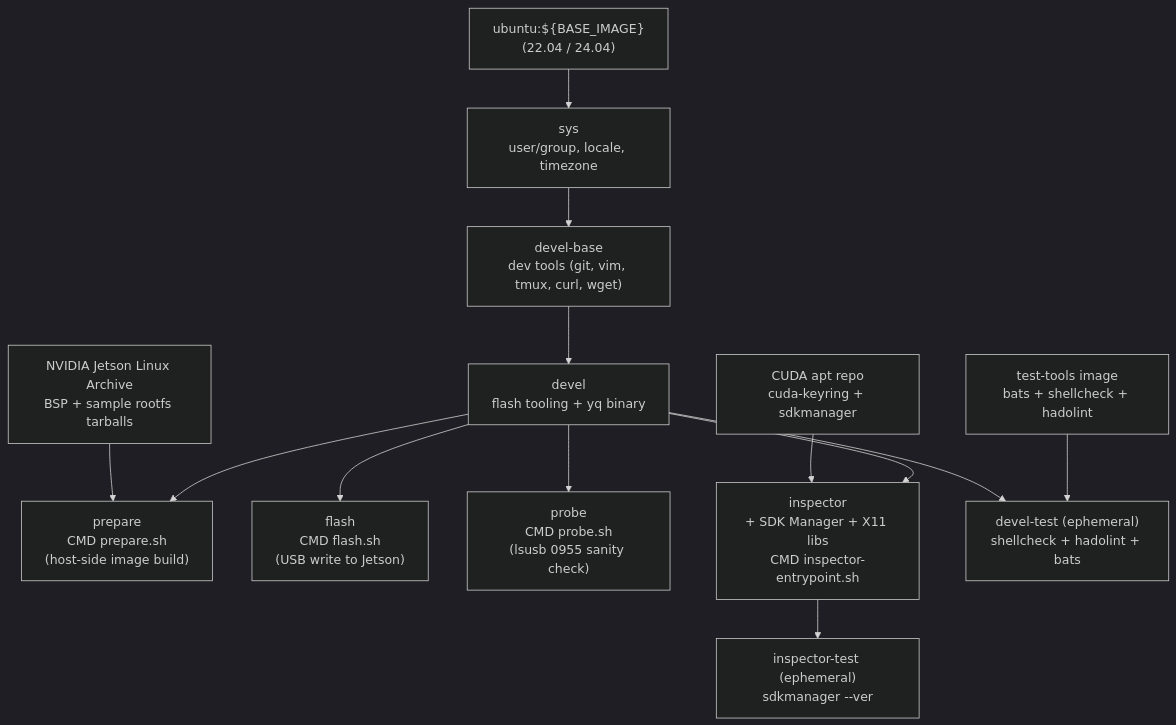
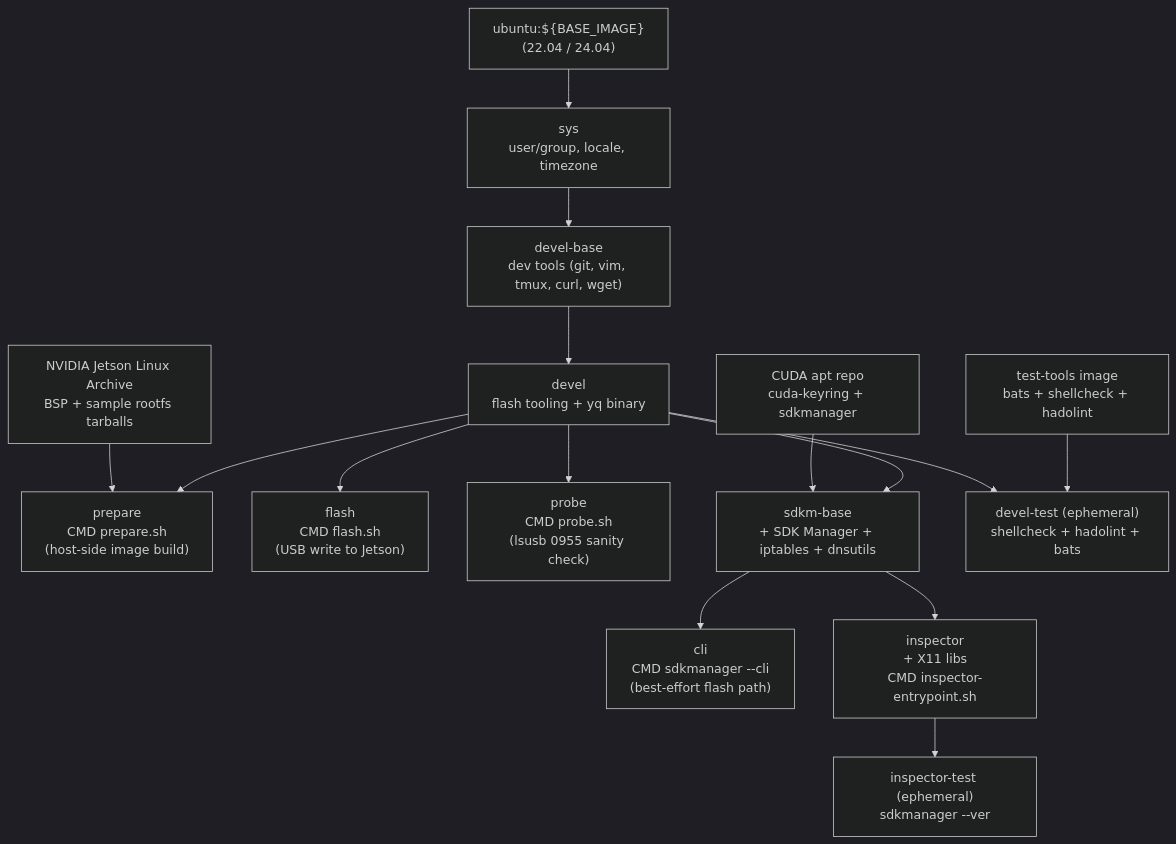
One commit to ycpss91255-docker/jetson_sdk_manager changed the diagram in README.md. Above: the diagram before and after it, drawn with Mermaid (dark theme). The commit also changed other lines of this file and 5 other files, not shown here.

First line of the commit message:
feat(sdkm): restore SDK Manager CLI path via shared sdkm-base (#56)

````diff
--- a/README.md
+++ b/README.md
@@ -207,22 +210,24 @@
 ```mermaid
 graph TD
     EXT1["test-tools image\nbats + shellcheck + hadolint"]
     EXT2["ubuntu:${BASE_IMAGE}\n(22.04 / 24.04)"]
     EXT3["NVIDIA Jetson Linux Archive\nBSP + sample rootfs tarballs"]
     EXT4["CUDA apt repo\ncuda-keyring + sdkmanager"]
 
     EXT2 --> sys["sys\nuser/group, locale, timezone"]
     sys --> devel-base["devel-base\ndev tools (git, vim, tmux, curl, wget)"]
     devel-base --> devel["devel\nflash tooling + yq binary"]
 
     devel --> prepare["prepare\nCMD prepare.sh\n(host-side image build)"]
     EXT3 --> prepare
     devel --> flash["flash\nCMD flash.sh\n(USB write to Jetson)"]
     devel --> probe["probe\nCMD probe.sh\n(lsusb 0955 sanity check)"]
-    devel --> inspector["inspector\n+ SDK Manager + X11 libs\nCMD inspector-entrypoint.sh"]
-    EXT4 --> inspector
+    devel --> sdkm-base["sdkm-base\n+ SDK Manager + iptables + dnsutils"]
+    EXT4 --> sdkm-base
+    sdkm-base --> cli["cli\nCMD sdkmanager --cli\n(best-effort flash path)"]
+    sdkm-base --> inspector["inspector\n+ X11 libs\nCMD inspector-entrypoint.sh"]
 
     EXT1 --> devel-test["devel-test (ephemeral)\nshellcheck + hadolint + bats"]
     devel --> devel-test
     inspector --> inspector-test["inspector-test (ephemeral)\nsdkmanager --ver"]
 ```
````
